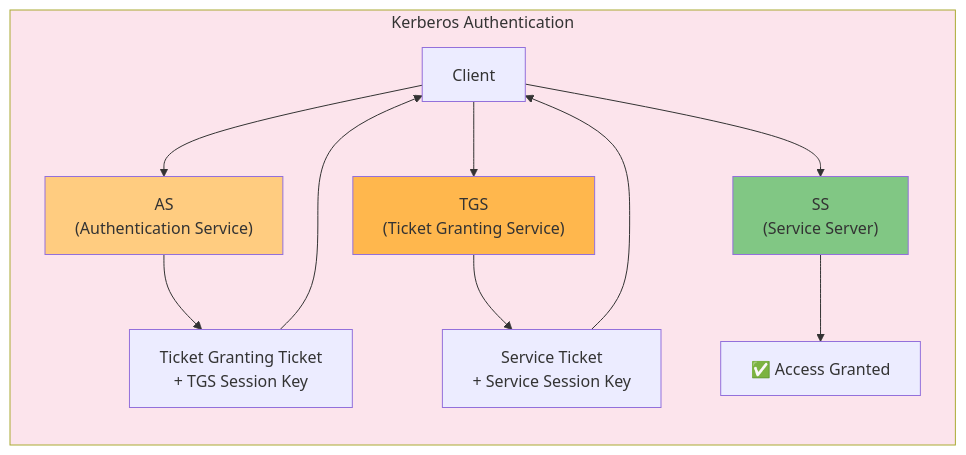
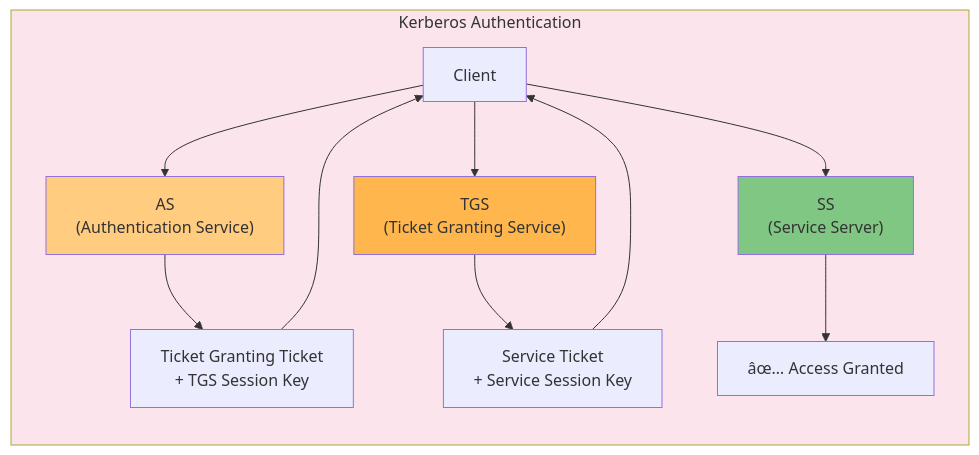
Before and after one commit to Raushan666java/ai-engineering-journey: the third of 4 diagrams in docs/courses/information-security/04-digital-signatures-pki.md, drawn with Mermaid. The commit also changed other lines of this file and 735 other files, not shown here.

````diff
--- a/docs/courses/information-security/04-digital-signatures-pki.md
+++ b/docs/courses/information-security/04-digital-signatures-pki.md
@@ -363,18 +363,18 @@
 ```mermaid
 flowchart LR
     subgraph Kerberos_Flow[Kerberos Authentication]
         direction TB
         C["Client"] --> AS["AS<br/>(Authentication Service)"]
         AS --> TGT["Ticket Granting Ticket<br/>+ TGS Session Key"]
         TGT --> C
         C --> TGS["TGS<br/>(Ticket Granting Service)"]
         TGS --> ST["Service Ticket<br/>+ Service Session Key"]
         ST --> C
         C --> SS["SS<br/>(Service Server)"]
-        SS --> OK["✅ Access Granted"]
+        SS --> OK["âœ… Access Granted"]
     end
     style Kerberos_Flow fill:#fce4ec
     style AS fill:#ffcc80
     style TGS fill:#ffb74d
     style SS fill:#81c784
 ```
````
